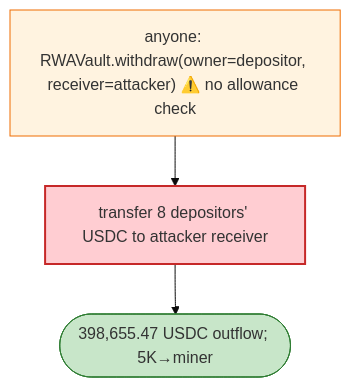
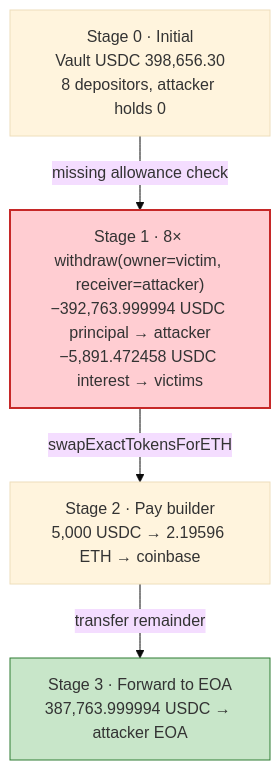
The second of 4 diagrams in 2026-04-RWAVault_exp/RWAVault_exp.md (sanbir/evm-hack-registry), drawn with Mermaid (base theme) before and after one commit. The commit also changed other lines of this file and 32 other files, not shown here.

````diff
--- a/2026-04-RWAVault_exp/RWAVault_exp.md
+++ b/2026-04-RWAVault_exp/RWAVault_exp.md
@@ -39,9 +331,14 @@
 ```mermaid
 flowchart TD
-    A["anyone: RWAVault.withdraw(owner=depositor, receiver=attacker) ⚠️ no allowance check"] --> X["transfer 8 depositors' USDC to attacker receiver"]
-    X --> OUT(["398,655.47 USDC outflow; 5K→miner"])
+    S0["Stage 0 · Initial<br/>Vault USDC 398,656.30<br/>8 depositors, attacker holds 0"]
+    S1["Stage 1 · 8× withdraw(owner=victim, receiver=attacker)<br/>−392,763.999994 USDC principal → attacker<br/>−5,891.472458 USDC interest → victims"]
+    S2["Stage 2 · Pay builder<br/>5,000 USDC → 2.19596 ETH → coinbase"]
+    S3["Stage 3 · Forward to EOA<br/>387,763.999994 USDC → attacker EOA"]
 
-    style A fill:#fff3e0,stroke:#ef6c00
-    style X fill:#ffcdd2,stroke:#c62828,stroke-width:2px
-    style OUT fill:#c8e6c9,stroke:#2e7d32
+    S0 -->|"missing allowance check"| S1
+    S1 -->|"swapExactTokensForETH"| S2
+    S2 -->|"transfer remainder"| S3
+
+    style S1 fill:#ffcdd2,stroke:#c62828,stroke-width:2px
+    style S3 fill:#c8e6c9,stroke:#2e7d32
 ```
````
